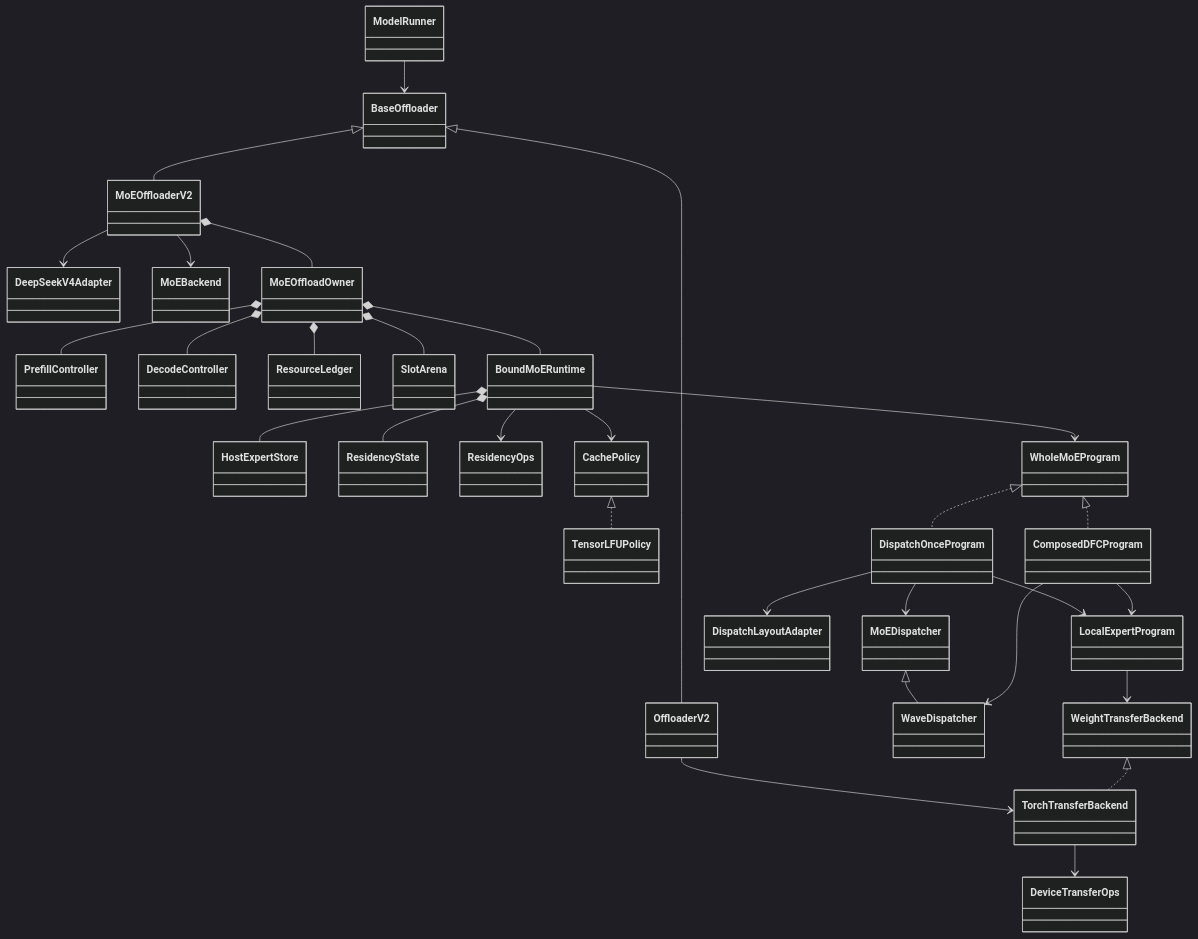
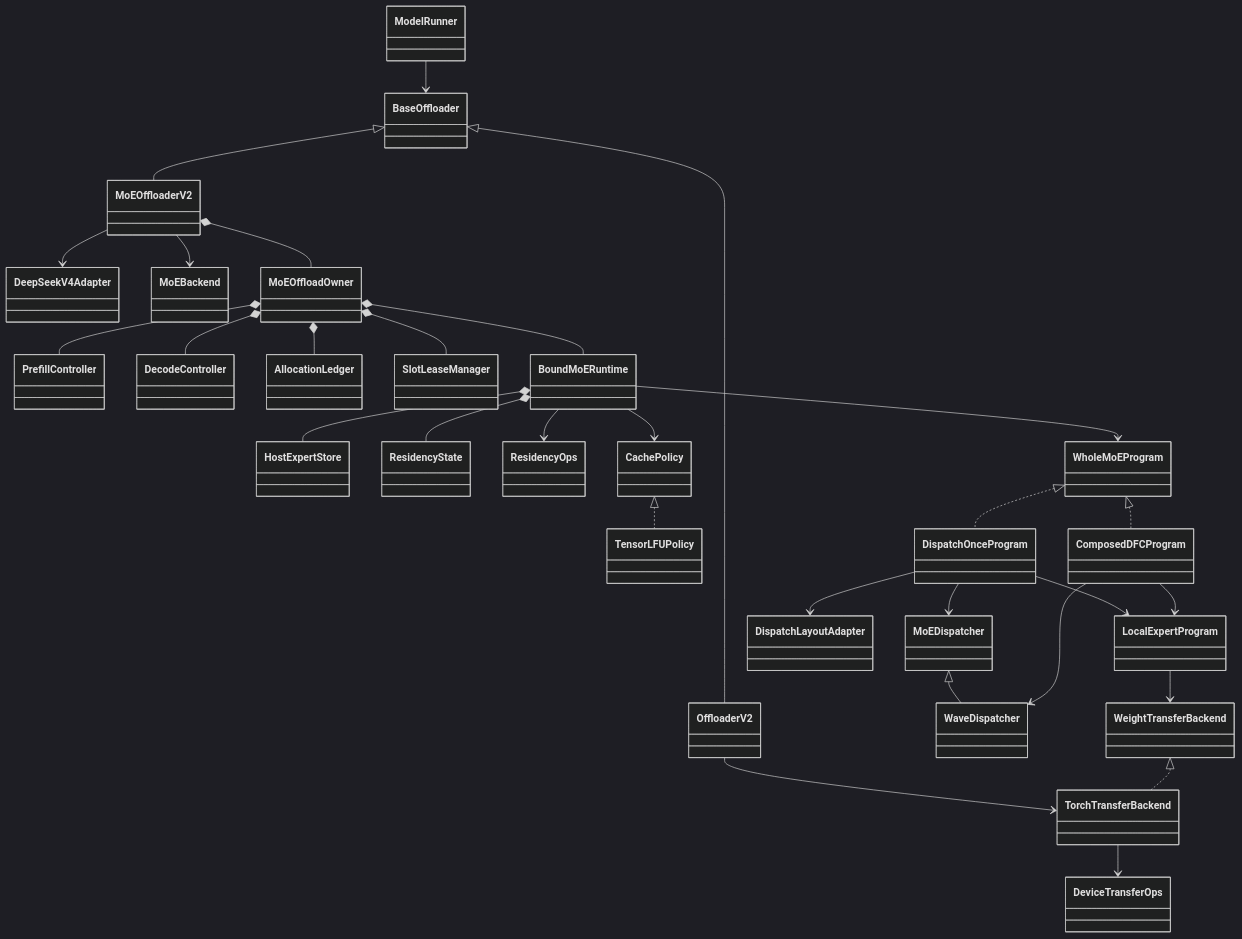
One commit to fishAndShrimp/sglang changed the diagram in python/sglang/srt/offloading/moe/README.md. Above: the diagram before and after it, drawn with Mermaid (dark theme). The commit also changed other lines of this file and 6 other files, not shown here.

````diff
--- a/python/sglang/srt/offloading/moe/README.md
+++ b/python/sglang/srt/offloading/moe/README.md
@@ -35,32 +35,32 @@
 ```mermaid
 classDiagram
     BaseOffloader <|-- OffloaderV2
     BaseOffloader <|-- MoEOffloaderV2
     ModelRunner --> BaseOffloader
     OffloaderV2 --> TorchTransferBackend
     MoEOffloaderV2 --> DeepSeekV4Adapter
     MoEOffloaderV2 --> MoEBackend
     MoEOffloaderV2 *-- MoEOffloadOwner
     MoEOffloadOwner *-- PrefillController
     MoEOffloadOwner *-- DecodeController
-    MoEOffloadOwner *-- ResourceLedger
-    MoEOffloadOwner *-- SlotArena
+    MoEOffloadOwner *-- AllocationLedger
+    MoEOffloadOwner *-- SlotLeaseManager
     MoEOffloadOwner *-- BoundMoERuntime
     BoundMoERuntime *-- HostExpertStore
     BoundMoERuntime *-- ResidencyState
     BoundMoERuntime --> ResidencyOps
     BoundMoERuntime --> CachePolicy
     CachePolicy <|.. TensorLFUPolicy
     BoundMoERuntime --> WholeMoEProgram
     WholeMoEProgram <|.. ComposedDFCProgram
     WholeMoEProgram <|.. DispatchOnceProgram
     MoEDispatcher <|-- WaveDispatcher
     DispatchOnceProgram --> MoEDispatcher
     DispatchOnceProgram --> DispatchLayoutAdapter
     DispatchOnceProgram --> LocalExpertProgram
     ComposedDFCProgram --> WaveDispatcher
     ComposedDFCProgram --> LocalExpertProgram
     LocalExpertProgram --> WeightTransferBackend
     WeightTransferBackend <|.. TorchTransferBackend
     TorchTransferBackend --> DeviceTransferOps
 ```
````
